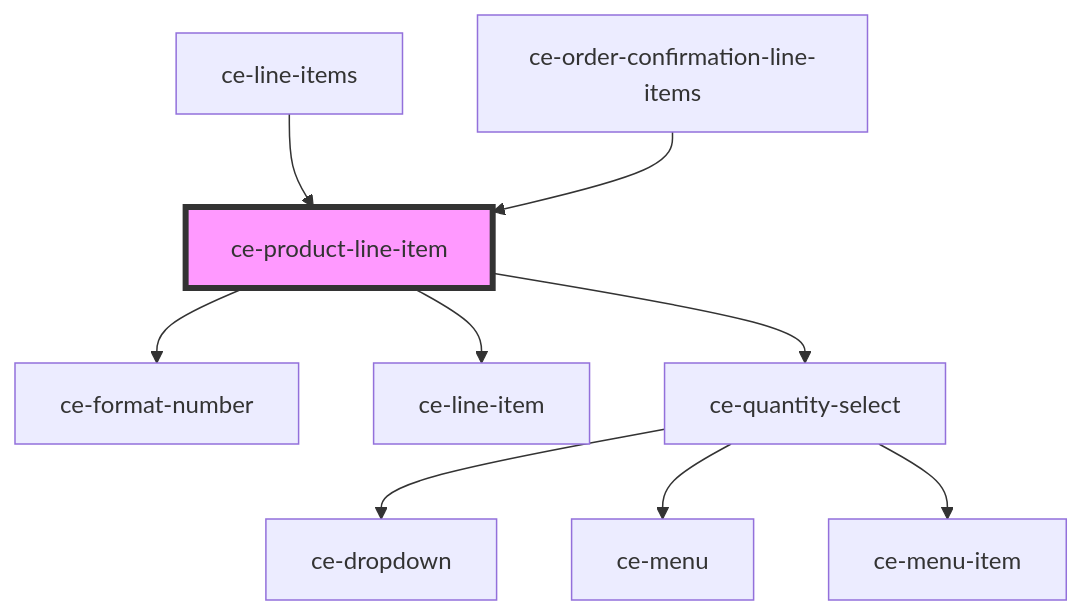
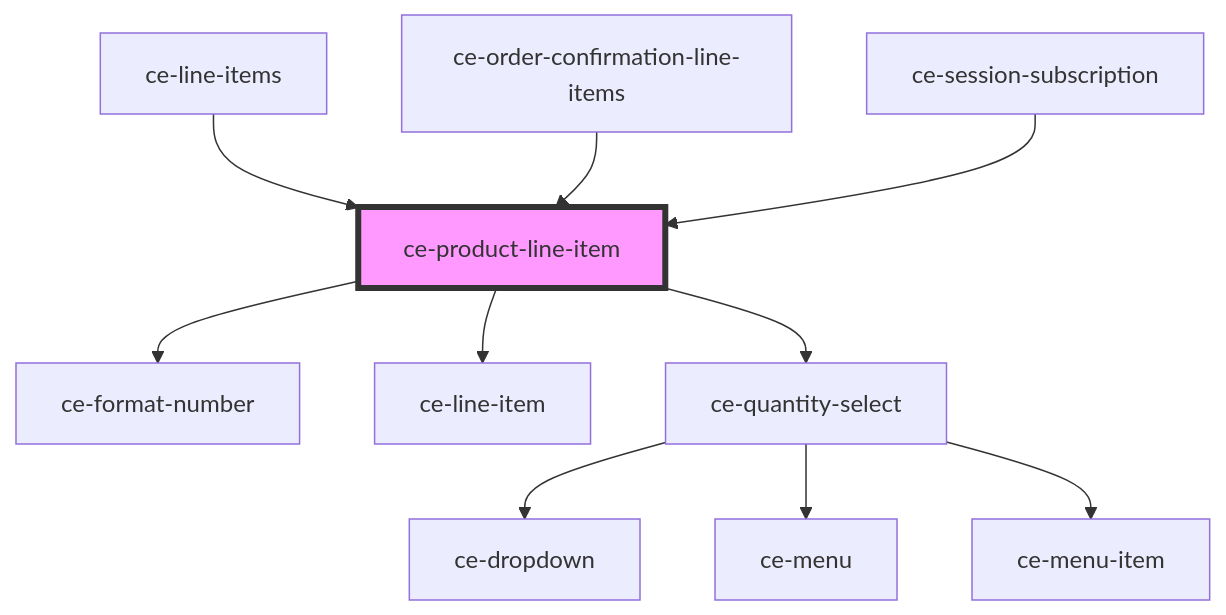
One commit to surecart/surecart-wp-plugin changed the diagram in packages/components/src/components/ui/product-line-item/readme.md. Above: the diagram before and after it, drawn with Mermaid. The commit also changed other lines of this file and 96 other files, not shown here.

````diff
--- a/packages/components/src/components/ui/product-line-item/readme.md
+++ b/packages/components/src/components/ui/product-line-item/readme.md
@@ -45,12 +46,13 @@
 ```mermaid
 graph TD;
   ce-product-line-item --> ce-format-number
   ce-product-line-item --> ce-line-item
   ce-product-line-item --> ce-quantity-select
   ce-quantity-select --> ce-dropdown
   ce-quantity-select --> ce-menu
   ce-quantity-select --> ce-menu-item
   ce-line-items --> ce-product-line-item
   ce-order-confirmation-line-items --> ce-product-line-item
+  ce-session-subscription --> ce-product-line-item
   style ce-product-line-item fill:#f9f,stroke:#333,stroke-width:4px
 ```
````
